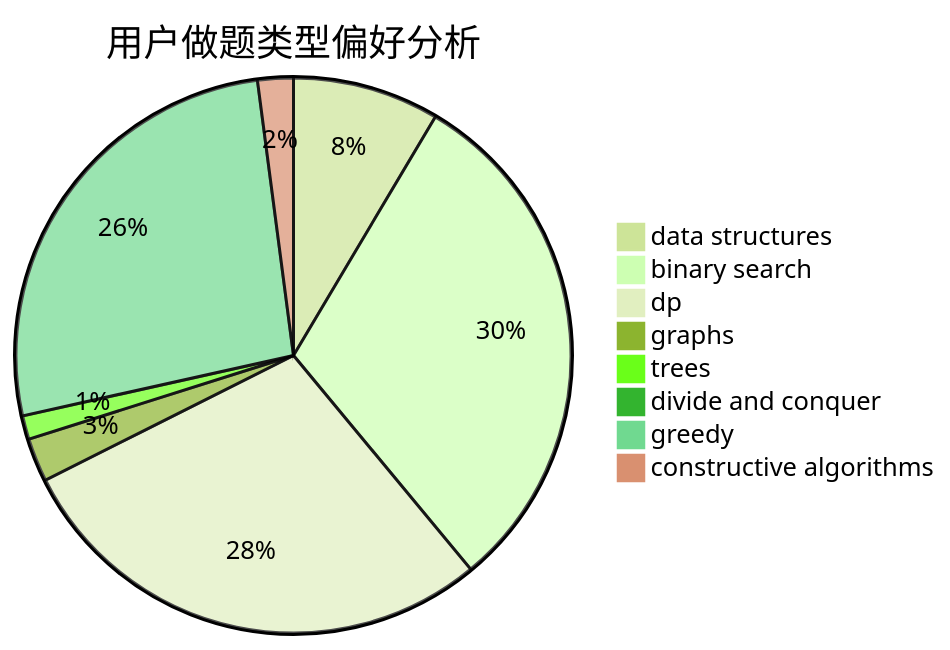
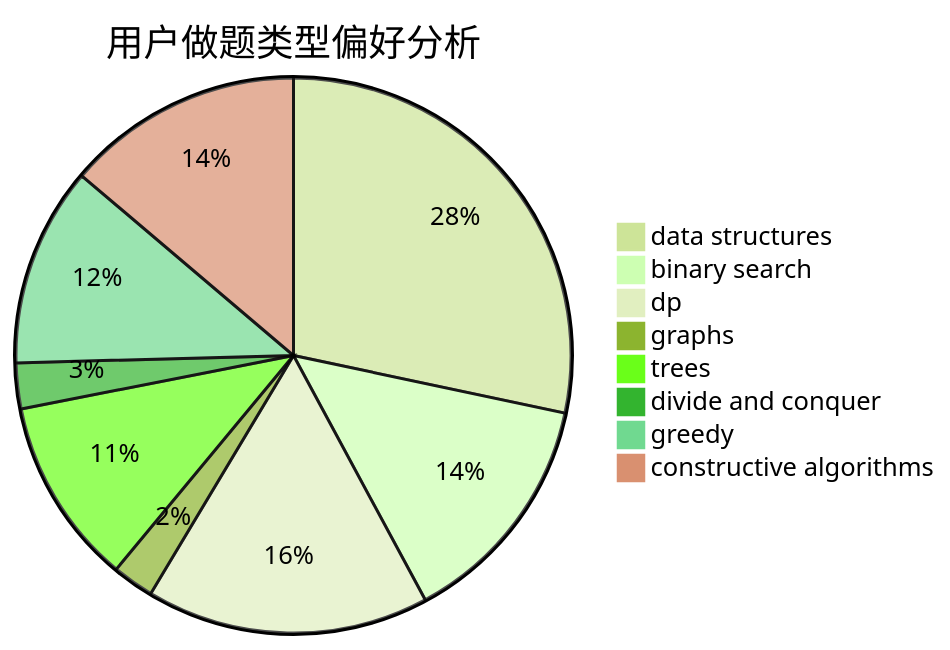
Before and after one commit to sherpahu/cfrs.github.io: the second of 3 diagrams in docs/user/u142.md, drawn with Mermaid (forest theme). The commit also changed other lines of this file and 2770 other files, not shown here.

````diff
--- a/docs/user/u142.md
+++ b/docs/user/u142.md
@@ -23,11 +23,11 @@
 ```mermaid
 pie title 用户做题类型偏好分析
-    "data structures" :  74
-    "binary search" :  264
-    "dp" :  248
-    "graphs" :  22
-    "trees" :  12
-    "divide and conquer" :  5
-    "greedy" :  229
-    "constructive algorithms" :  18
+    "data structures" :  117
+    "binary search" :  57
+    "dp" :  68
+    "graphs" :  10
+    "trees" :  45
+    "divide and conquer" :  11
+    "greedy" :  48
+    "constructive algorithms" :  57
 ```
````
